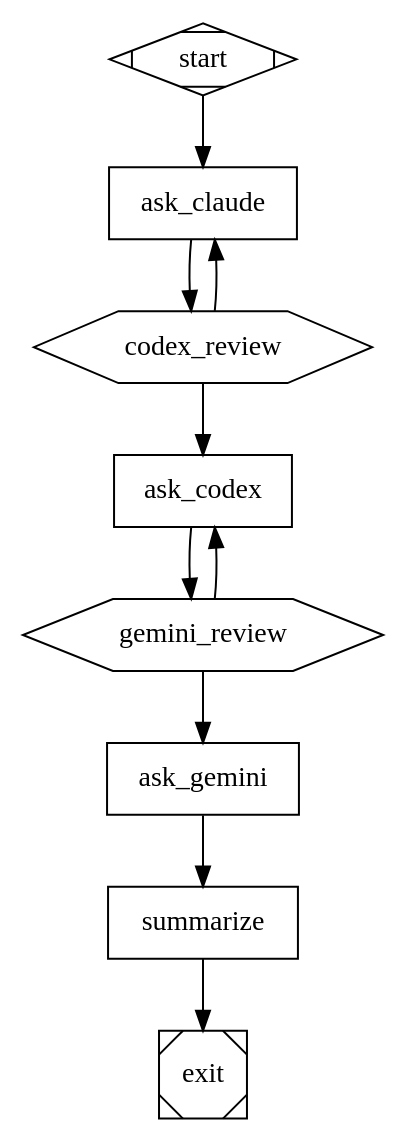
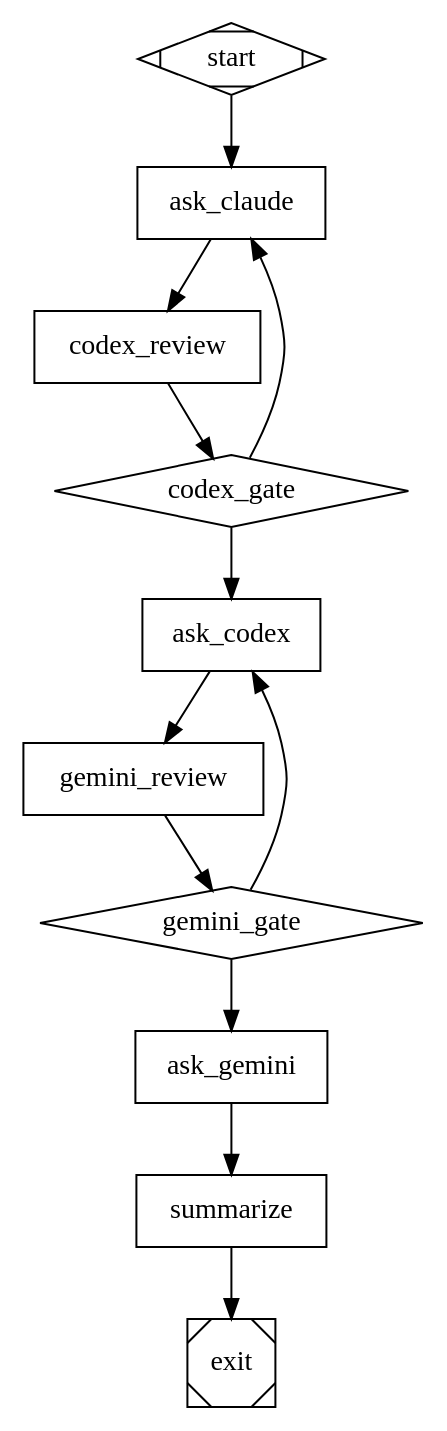
The diagram in examples/haiku_feedback.dot (tgoodwin/tractor), drawn with Graphviz before and after one commit. The commit also changed 1 other file, not shown here.

Commit message:
examples: refactor haiku feedback to spec-aligned 3-node pattern
Replaces each `judge` node (a tractor extension that conflates validator and gate) with the strongDM attractor spec's canonical pattern: a codergen reviewer that emits a structured `VERDICT: accept|reject` line, plus a downstream conditional (diamond) gate that routes on `context.<reviewer>.last_output contains "VERDICT: …"`. Eliminates the two_way_edge and type_shape_mismatch warnings these examples were tripping. Reviewer steps now make real LLM calls (no judge_mode=stub shortcut).

```diff
--- a/examples/haiku_feedback.dot
+++ b/examples/haiku_feedback.dot
@@ -1,65 +1,65 @@
 digraph {
-  graph [goal="Three-agent haiku with stub-judged feedback loops and a composite summary", status_agent=claude]
+  graph [goal="Three-agent haiku with codergen-reviewed feedback loops and a composite summary", status_agent=claude]
 
   start [shape=Mdiamond]
 
   ask_claude [
     shape=box,
     llm_provider=claude,
     timeout="10m",
     retries=2,
     max_iterations=5,
-    prompt="Plan then write a one-line haiku about a tractor starting work. First list your planning notes, then after a blank line output only the final haiku on one line. Previous critique (if any): {{codex_review.last_critique}}"
+    prompt="Plan then write a one-line haiku about a tractor starting work. First list your planning notes, then after a blank line output only the final haiku on one line. Previous critique (if any): {{codex_review.last}}"
   ]
 
   codex_review [
-    shape=hexagon,
-    type=judge,
-    judge_mode=stub,
-    reject_probability=0.5,
-    accept_critique="imagery lands; move forward",
-    reject_critique="imagery too literal; sharpen the turn on line one",
-    max_iterations=5
+    shape=box,
+    llm_provider=codex,
+    max_iterations=5,
+    prompt="Evaluate this haiku for imagery and meter:\n{{ask_claude.last}}\n\nReturn exactly one line beginning with 'VERDICT: accept' or 'VERDICT: reject'. If you reject, follow with a one-line critique under 80 characters on the next line."
   ]
+
+  codex_gate [shape=diamond]
 
   ask_codex [
     shape=box,
     llm_provider=codex,
     max_iterations=5,
-    prompt="Plan then write a one-line haiku that continues this thought: {{ask_claude.last}}. First list your planning notes, then after a blank line output only the final haiku. Previous critique (if any): {{gemini_review.last_critique}}"
+    prompt="Plan then write a one-line haiku that continues this thought: {{ask_claude.last}}. First list your planning notes, then after a blank line output only the final haiku. Previous critique (if any): {{gemini_review.last}}"
   ]
 
   gemini_review [
-    shape=hexagon,
-    type=judge,
-    judge_mode=stub,
-    reject_probability=0.5,
-    accept_critique="meter and continuity check out",
-    reject_critique="compute using python: score syllables per line and retry with a tighter middle",
-    max_iterations=5
+    shape=box,
+    llm_provider=gemini,
+    max_iterations=5,
+    prompt="Evaluate this haiku for meter and continuity:\n{{ask_codex.last}}\n\nReturn exactly one line beginning with 'VERDICT: accept' or 'VERDICT: reject'. If you reject, follow with a one-line critique under 80 characters."
   ]
+
+  gemini_gate [shape=diamond]
 
   ask_gemini [
     shape=box,
     llm_provider=gemini,
     prompt="Write a one-line haiku that calmly concludes this sequence: {{ask_codex.last}}"
   ]
 
   summarize [
     shape=box,
     llm_provider=claude,
     prompt="Combine these three haikus into one composite document. Output a short title on line one, then the three haikus in order on their own lines, then a one-sentence reflection on the sequence.\n\n1. {{ask_claude.last}}\n2. {{ask_codex.last}}\n3. {{ask_gemini.last}}"
   ]
 
   exit [shape=Msquare]
 
   start -> ask_claude
   ask_claude -> codex_review
-  codex_review -> ask_claude [condition="reject"]
-  codex_review -> ask_codex [condition="accept"]
+  codex_review -> codex_gate
+  codex_gate -> ask_claude [condition="context.codex_review.last_output contains \"VERDICT: reject\""]
+  codex_gate -> ask_codex  [condition="context.codex_review.last_output contains \"VERDICT: accept\""]
   ask_codex -> gemini_review
-  gemini_review -> ask_codex [condition="reject"]
-  gemini_review -> ask_gemini [condition="accept"]
+  gemini_review -> gemini_gate
+  gemini_gate -> ask_codex  [condition="context.gemini_review.last_output contains \"VERDICT: reject\""]
+  gemini_gate -> ask_gemini [condition="context.gemini_review.last_output contains \"VERDICT: accept\""]
   ask_gemini -> summarize
   summarize -> exit
 }
```
